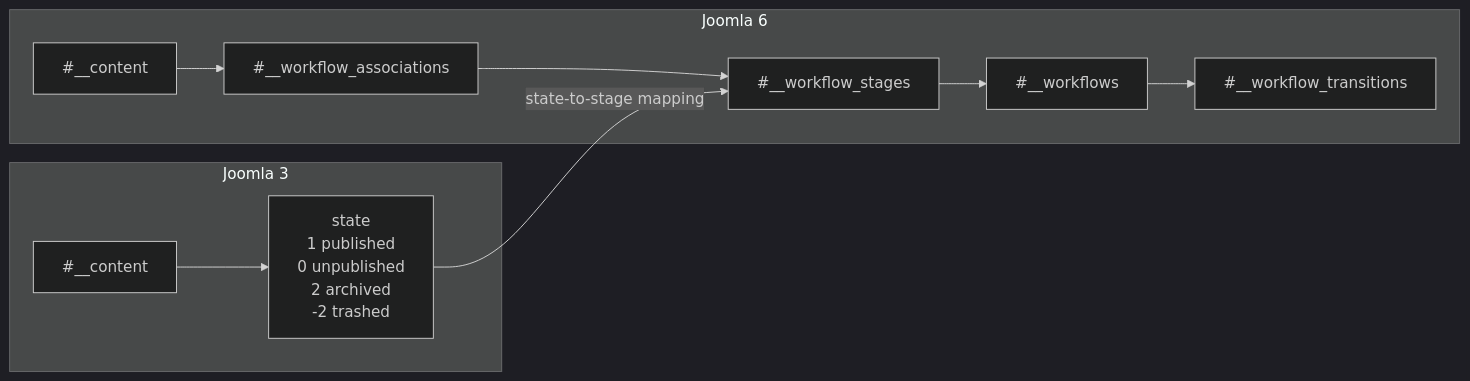
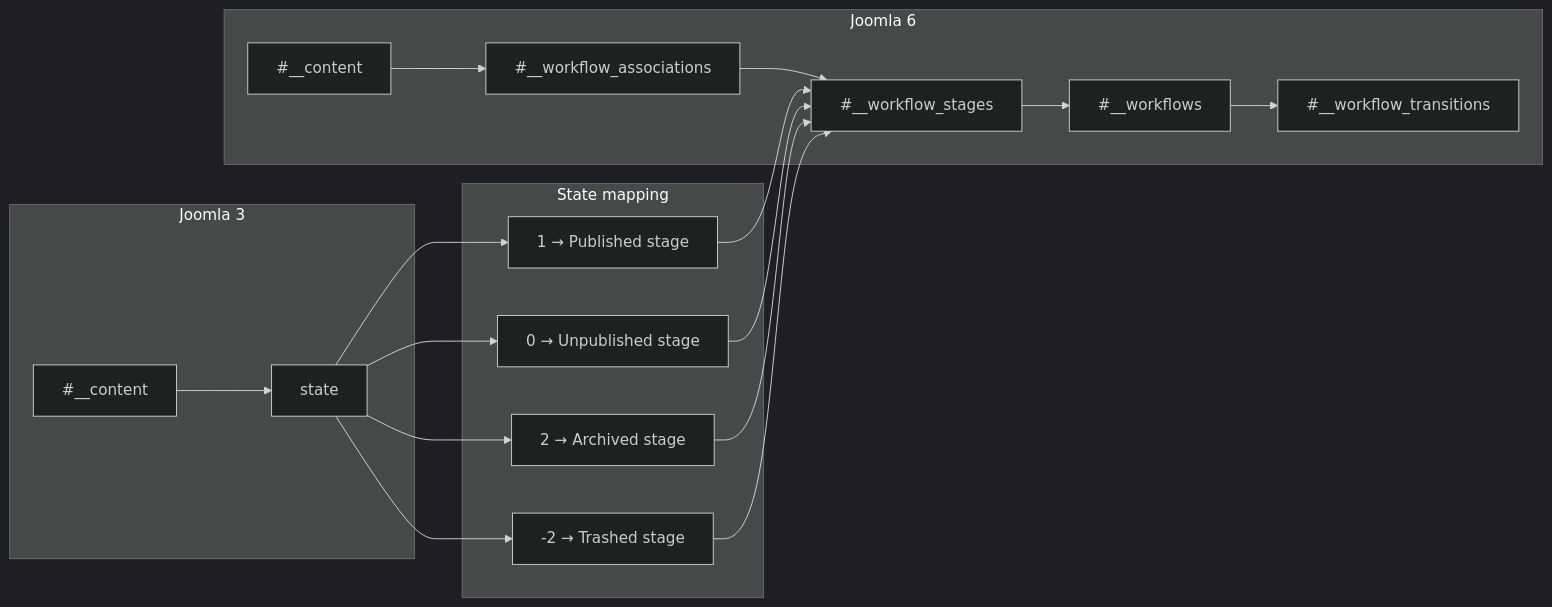
One commit to duyduyly/php-notebook changed the seventh of 21 diagrams in docs/joomla/learning/database/joomla3-vs-joomla6-erd-gap-diagrams.md. Above: the diagram before and after it, drawn with Mermaid (dark theme). The commit also changed other lines of this file, not shown here.

Commit message:
docs: improve Joomla 3 vs Joomla 6 ERD gap diagrams

````diff
--- a/docs/joomla/learning/database/joomla3-vs-joomla6-erd-gap-diagrams.md
+++ b/docs/joomla/learning/database/joomla3-vs-joomla6-erd-gap-diagrams.md
@@ -232,23 +287,29 @@
 ```mermaid
 flowchart LR
     subgraph J3["Joomla 3"]
-        J3CONTENT["#__content"]
-        J3STATE["state\n1 published\n0 unpublished\n2 archived\n-2 trashed"]
-        J3CONTENT --> J3STATE
+        J3ART["#__content"] --> J3STATE["state"]
+    end
+
+    subgraph MAP["State mapping"]
+        M1["1 → Published stage"]
+        M0["0 → Unpublished stage"]
+        M2["2 → Archived stage"]
+        MN2["-2 → Trashed stage"]
     end
 
     subgraph J6["Joomla 6"]
-        J6CONTENT["#__content"]
-        ASSOC["#__workflow_associations"]
-        STAGE["#__workflow_stages"]
-        WORKFLOW["#__workflows"]
-        TRANSITION["#__workflow_transitions"]
-
-        J6CONTENT --> ASSOC
-        ASSOC --> STAGE
-        STAGE --> WORKFLOW
-        WORKFLOW --> TRANSITION
+        J6ART["#__content"] --> ASSOC["#__workflow_associations"]
+        ASSOC --> STAGE["#__workflow_stages"]
+        STAGE --> WORKFLOW["#__workflows"]
+        WORKFLOW --> TRANSITION["#__workflow_transitions"]
     end
 
-    J3STATE -->|state-to-stage mapping| STAGE
+    J3STATE --> M1
+    J3STATE --> M0
+    J3STATE --> M2
+    J3STATE --> MN2
+    M1 --> STAGE
+    M0 --> STAGE
+    M2 --> STAGE
+    MN2 --> STAGE
 ```
````
